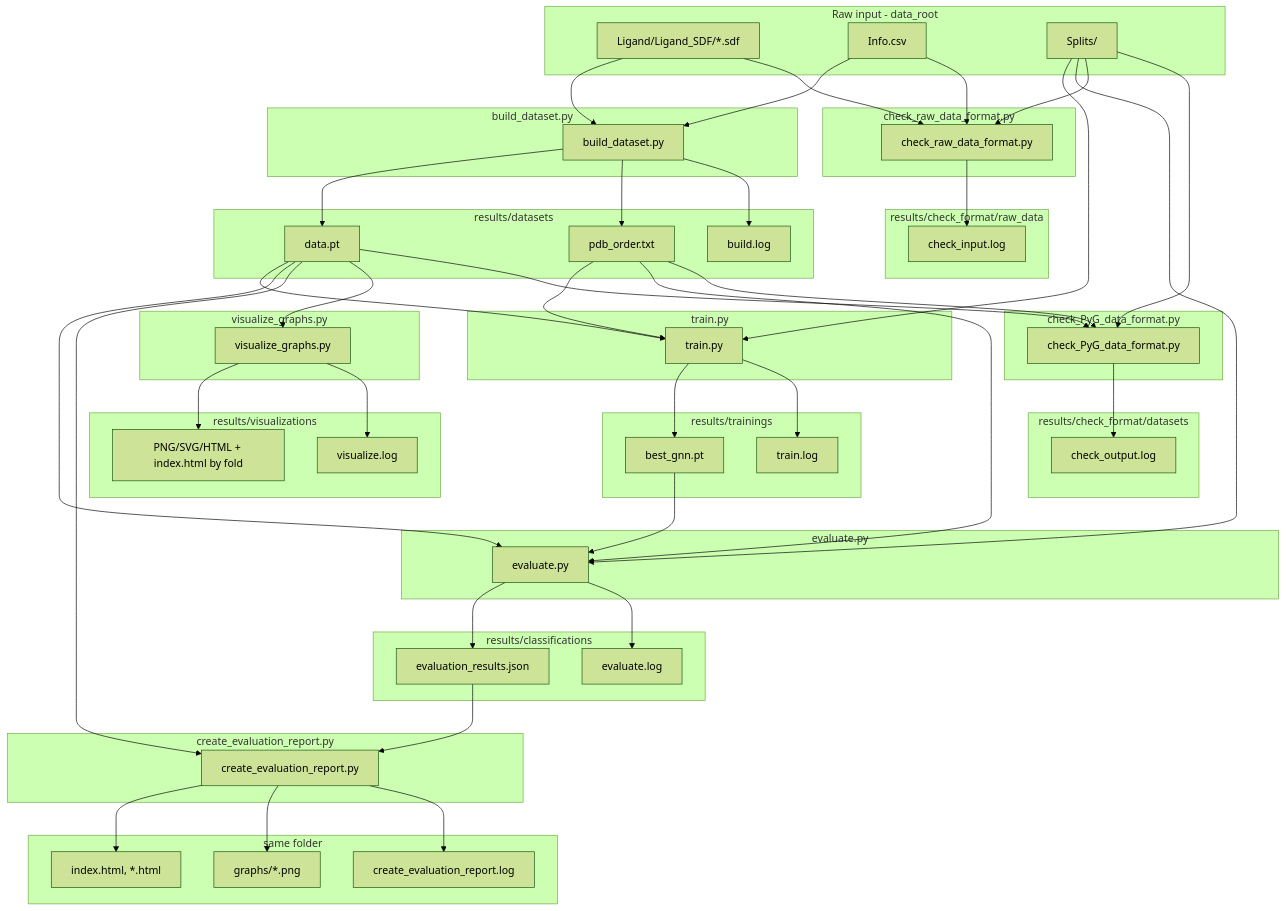
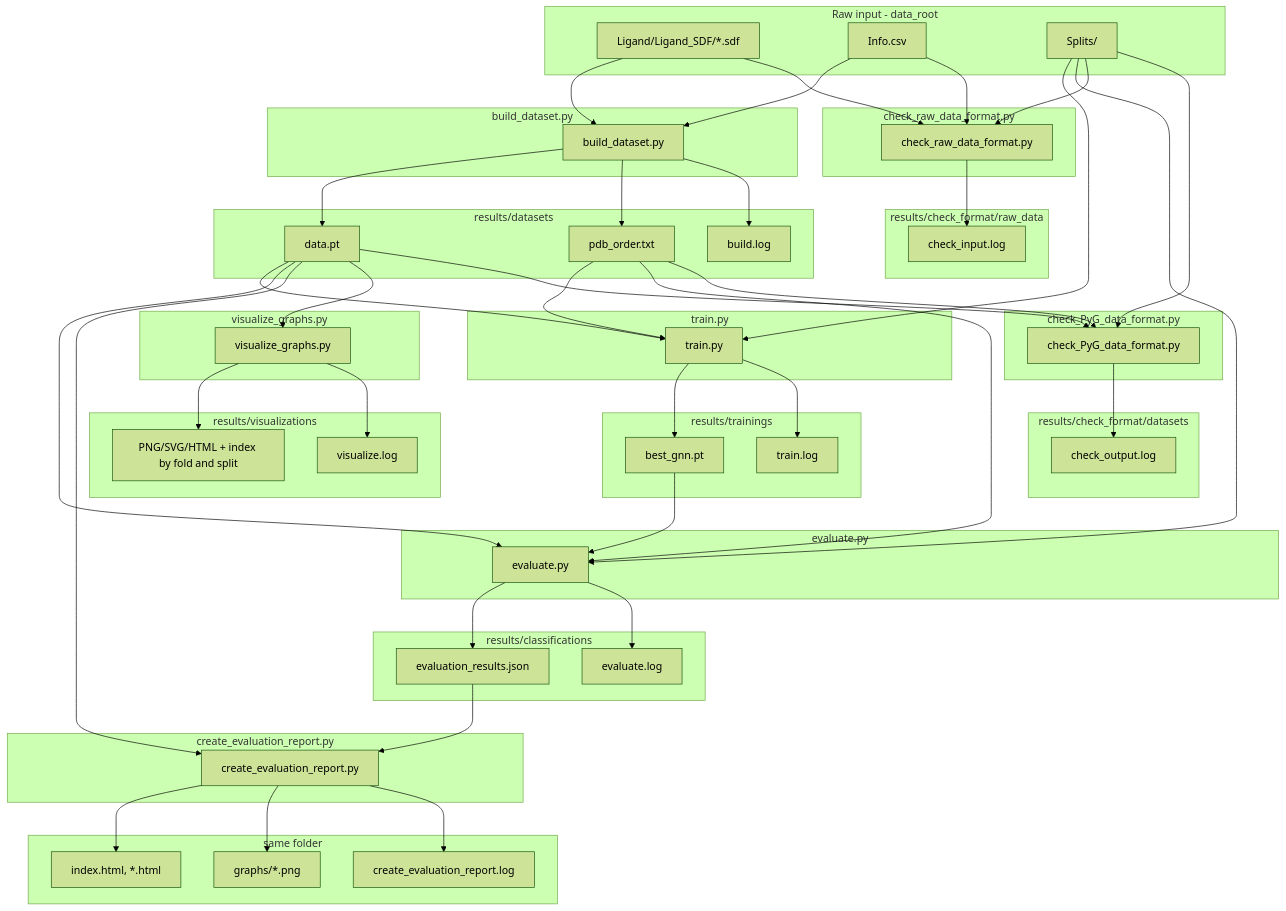
Before and after one commit to mananoreboton/mrpov3_gine_explainers: the first of 2 diagrams in mprov3_gine/README.md, drawn with Mermaid (forest theme). The commit also changed other lines of this file and 3 other files, not shown here.

```diff
--- a/mprov3_gine/README.md
+++ b/mprov3_gine/README.md
@@ -63,7 +63,7 @@
     end
 
     subgraph out_viz [results/visualizations]
-        VizPNG[PNG/SVG/HTML + index.html by fold]
+        VizPNG[PNG/SVG/HTML + index by fold and split]
         VizLog[visualize.log]
     end
 
```
